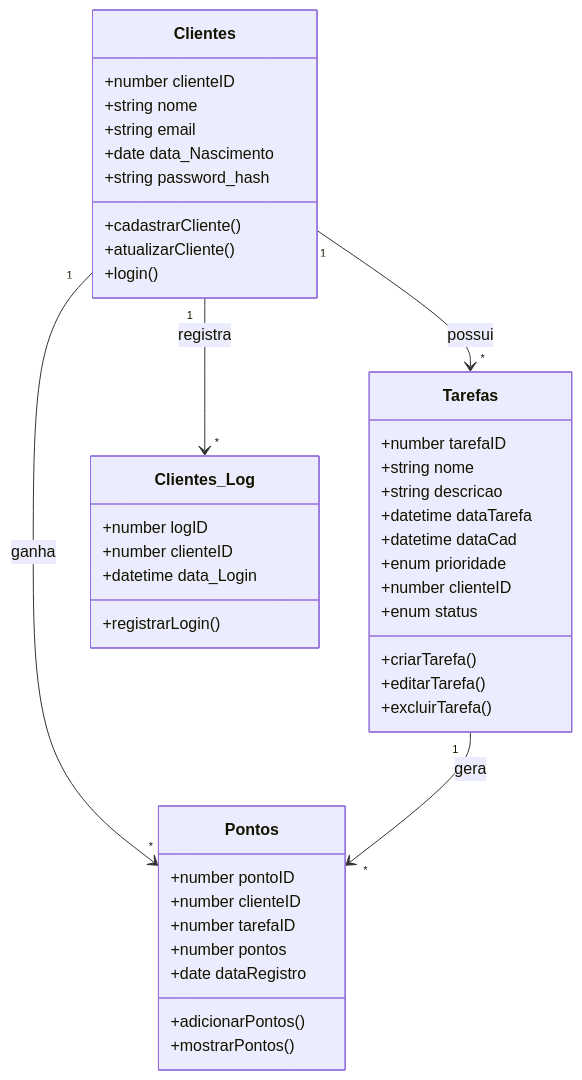
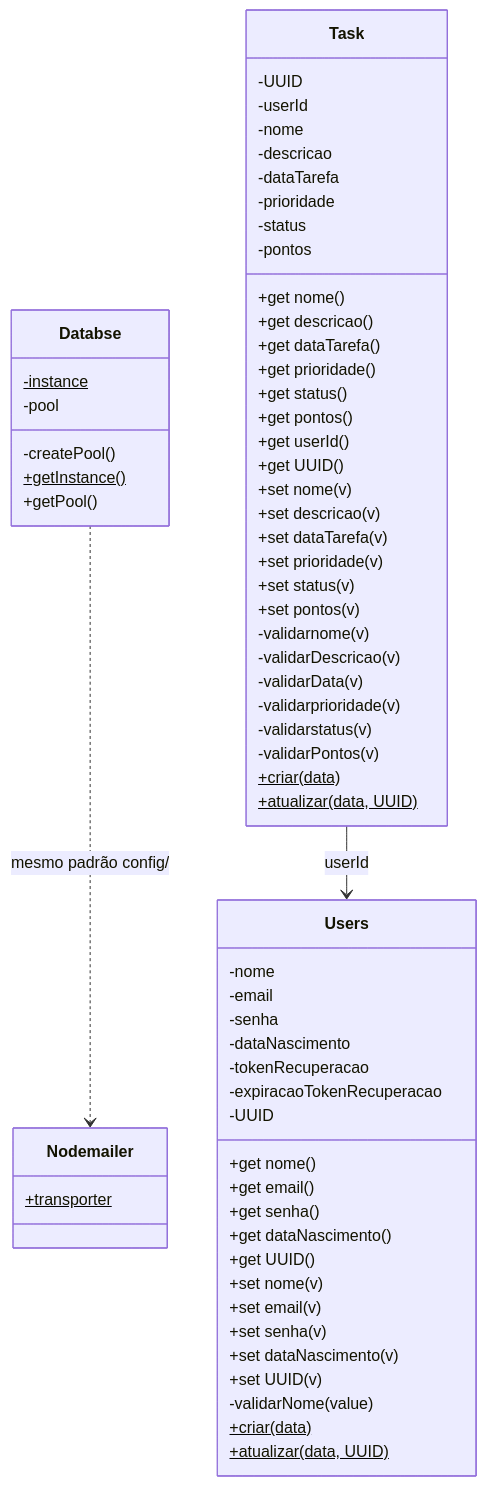
Before and after one commit to Lumikin/Rotina-Plus: the first of 2 diagrams in docs/classes.md, drawn with Mermaid. The commit also changed other lines of this file and 21 other files, not shown here.

````diff
--- a/docs/classes.md
+++ b/docs/classes.md
@@ -195,54 +13,75 @@
 ```mermaid
 classDiagram
+  direction TB
 
-class Clientes {
-  +number clienteID
-  +string nome
-  +string email
-  +date data_Nascimento
-  +string password_hash
+  class Databse {
+    -instance$
+    -pool
+    -createPool()
+    +getInstance()$
+    +getPool()
+  }
 
-  +cadastrarCliente()
-  +atualizarCliente()
-  +login()
-}
+  class Users {
+    -nome
+    -email
+    -senha
+    -dataNascimento
+    -tokenRecuperacao
+    -expiracaoTokenRecuperacao
+    -UUID
+    +get nome()
+    +get email()
+    +get senha()
+    +get dataNascimento()
+    +get UUID()
+    +set nome(v)
+    +set email(v)
+    +set senha(v)
+    +set dataNascimento(v)
+    +set UUID(v)
+    -validarNome(value)
+    +criar(data)$
+    +atualizar(data, UUID)$
+  }
 
-class Tarefas {
-  +number tarefaID
-  +string nome
-  +string descricao
-  +datetime dataTarefa
-  +datetime dataCad
-  +enum prioridade
-  +number clienteID
-  +enum status
+  class Task {
+    -UUID
+    -userId
+    -nome
+    -descricao
+    -dataTarefa
+    -prioridade
+    -status
+    -pontos
+    +get nome()
+    +get descricao()
+    +get dataTarefa()
+    +get prioridade()
+    +get status()
+    +get pontos()
+    +get userId()
+    +get UUID()
+    +set nome(v)
+    +set descricao(v)
+    +set dataTarefa(v)
+    +set prioridade(v)
+    +set status(v)
+    +set pontos(v)
+    -validarnome(v)
+    -validarDescricao(v)
+    -validarData(v)
+    -validarprioridade(v)
+    -validarstatus(v)
+    -validarPontos(v)
+    +criar(data)$
+    +atualizar(data, UUID)$
+  }
 
-  +criarTarefa()
-  +editarTarefa()
-  +excluirTarefa()
-}
+  class Nodemailer {
+    +transporter$
+  }
 
-class Pontos {
-  +number pontoID
-  +number clienteID
-  +number tarefaID
-  +number pontos
-  +date dataRegistro
-
-  +adicionarPontos()
-  +mostrarPontos()
-}
-
-class Clientes_Log {
-  +number logID
-  +number clienteID
-  +datetime data_Login
-
-  +registrarLogin()
-}
-
-Clientes "1" --> "*" Tarefas : possui
-Clientes "1" --> "*" Pontos : ganha
-Tarefas "1" --> "*" Pontos : gera
-Clientes "1" --> "*" Clientes_Log : registra
+  Databse ..> Nodemailer : mesmo padrão config/
+  Task --> Users : userId
 ```
````
